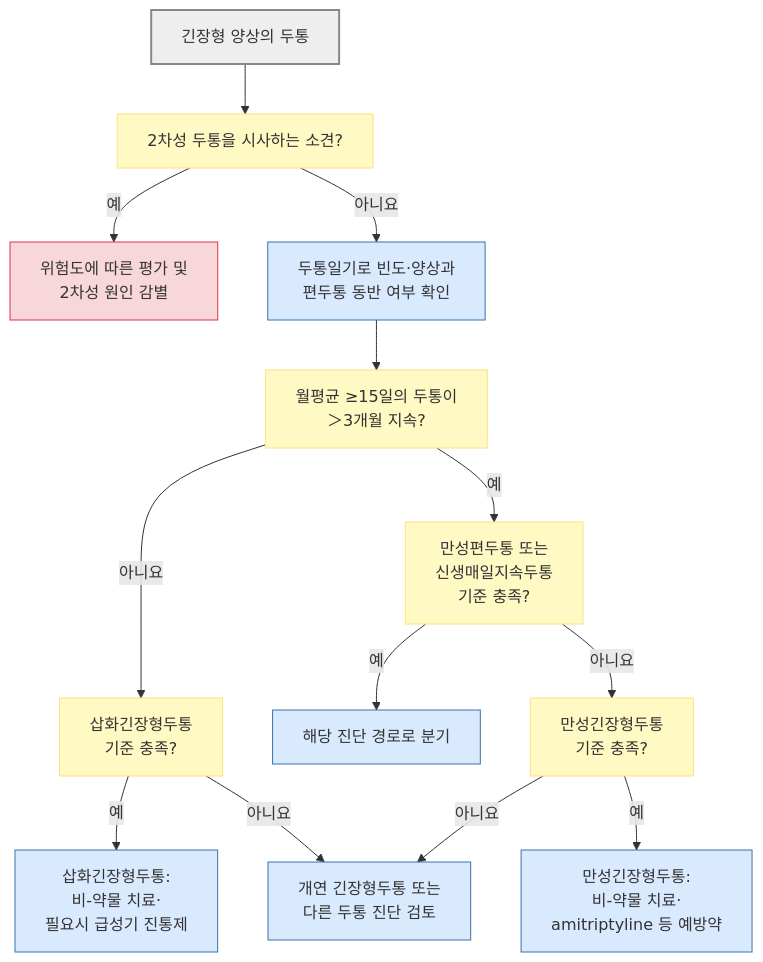
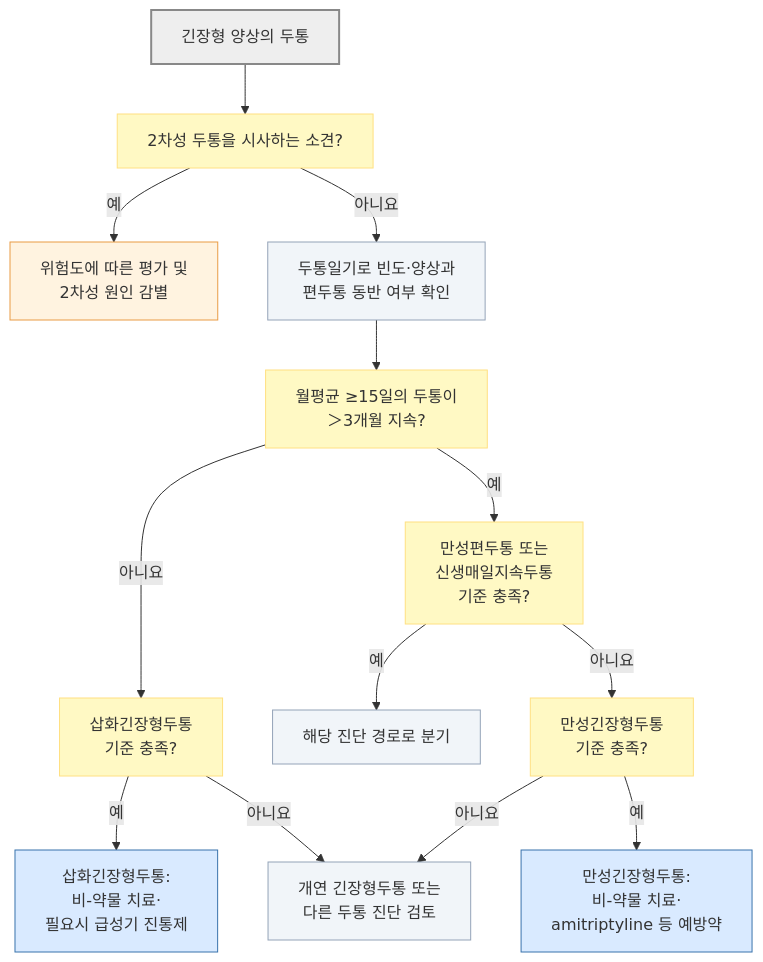
Before and after one commit to familyoh77/familyoh77: the diagram in 221_/017_-tension-type-headache.md, drawn with Mermaid. The commit also changed other lines of this file and 4 other files, not shown here.

````diff
--- a/221_/017_-tension-type-headache.md
+++ b/221_/017_-tension-type-headache.md
@@ -158,22 +158,26 @@
 ```mermaid
 flowchart TD
     A["긴장형 양상의 두통"] --> B["2차성 두통을 시사하는 소견?"]
     B -- "예" --> C["위험도에 따른 평가 및 <br/>2차성 원인 감별"]
     B -- "아니요" --> D["두통일기로 빈도·양상과 <br/>편두통 동반 여부 확인"]
     D --> E["월평균 ≥15일의 두통이 <br/>＞3개월 지속?"]
     E -- "아니요" --> F["삽화긴장형두통 <br/>기준 충족?"]
     F -- "예" --> G["삽화긴장형두통: <br/>비-약물 치료·<br/>필요시 급성기 진통제"]
     F -- "아니요" --> L["개연 긴장형두통 또는 <br/>다른 두통 진단 검토"]
     E -- "예" --> H["만성편두통 또는 <br/>신생매일지속두통 <br/>기준 충족?"]
     H -- "예" --> I["해당 진단 경로로 분기"]
     H -- "아니요" --> J["만성긴장형두통 <br/>기준 충족?"]
     J -- "예" --> K["만성긴장형두통: <br/>비-약물 치료·<br/>amitriptyline 등 예방약"]
     J -- "아니요" --> L
-    classDef question fill:#fff9c4,stroke:#ffe082
-    classDef emergency fill:#f8d7da,stroke:#dc3545
-    classDef care fill:#d9eaff,stroke:#3973ac
-    class B,E,F,H,J question
-    class C emergency
-    class D,G,I,K,L care
-    style A fill:#eeeeee,stroke:#888888,stroke-width:2px
+
+classDef start fill:#eeeeee,stroke:#888888,stroke-width:2px;
+classDef decision fill:#fff9c4,stroke:#ffe082;
+classDef priority fill:#fff3e0,stroke:#e99b45;
+classDef assessment fill:#f1f5f9,stroke:#94a3b8;
+classDef care fill:#d9eaff,stroke:#3973ac;
+class A start;
+class B,E,F,H,J decision;
+class C priority;
+class D,I,L assessment;
+class G,K care;
 ```
````
